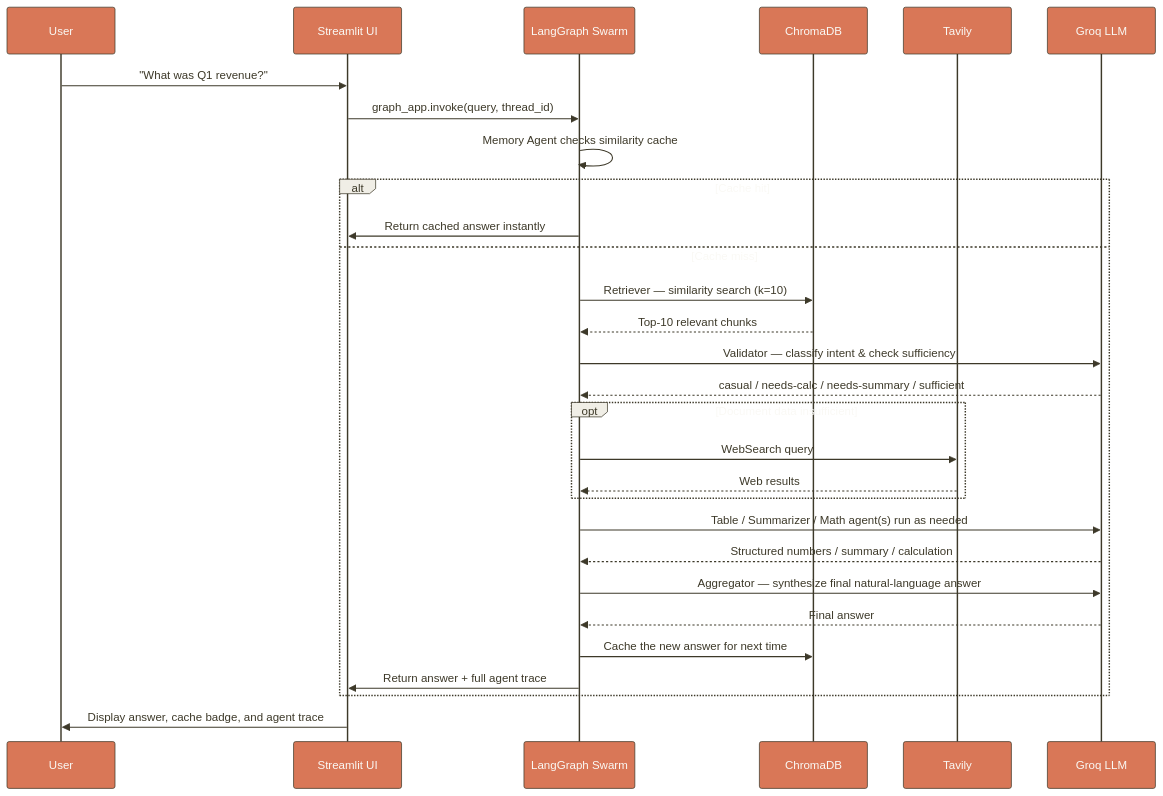
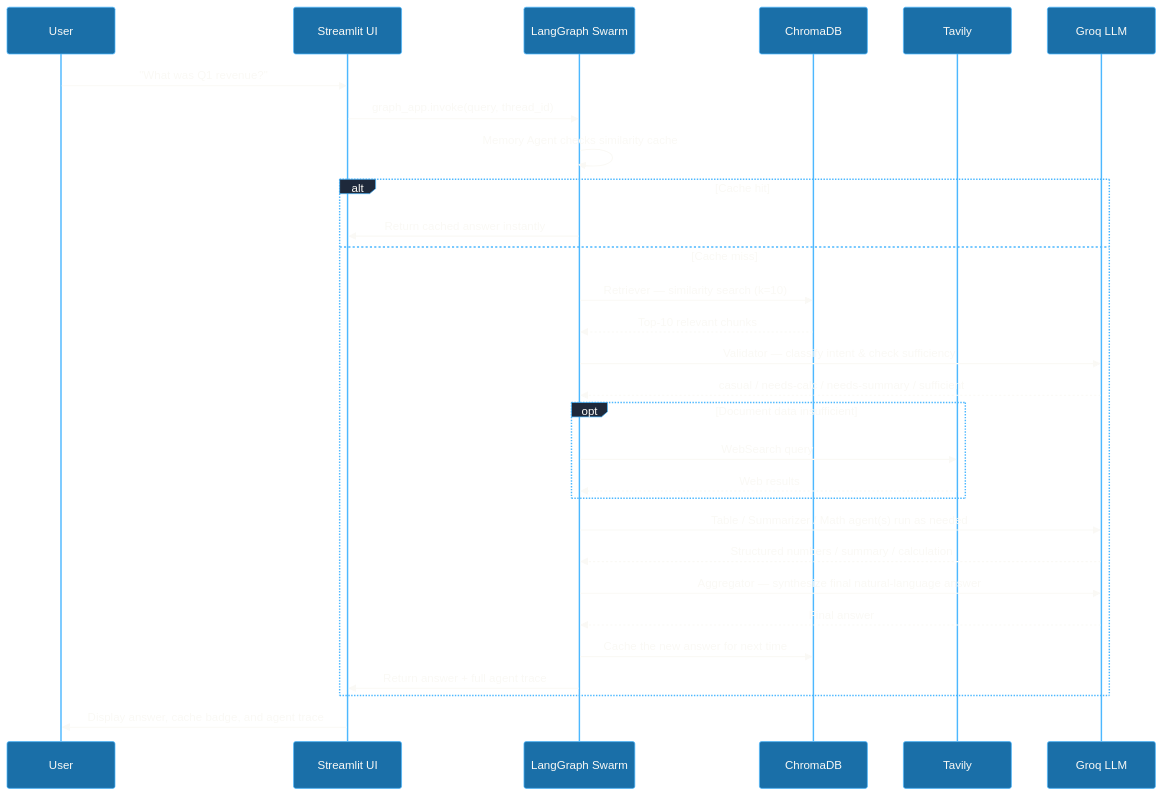
The fourth of 5 diagrams in README.md (Invicta0305/Financial--QA), drawn with Mermaid before and after one commit. The commit also changed other lines of this file, not shown here.

````diff
--- a/README.md
+++ b/README.md
@@ -221,50 +203,50 @@
 ```mermaid
 %%{init: {'theme':'base', 'themeVariables': {
-  'primaryColor': '#F0EEE6',
-  'primaryTextColor': '#3D3929',
-  'primaryBorderColor': '#D97757',
-  'lineColor': '#D97757',
-  'actorBkg': '#D97757',
+  'primaryColor': '#0F172A',
+  'primaryTextColor': '#FAF9F5',
+  'primaryBorderColor': '#4DB8FF',
+  'lineColor': '#4DB8FF',
+  'actorBkg': '#1A6FA8',
   'actorTextColor': '#FAF9F5',
-  'actorBorder': '#3D3929',
-  'signalColor': '#3D3929',
-  'signalTextColor': '#3D3929',
-  'labelBoxBkgColor': '#F0EEE6',
-  'labelTextColor': '#3D3929',
-  'noteBkgColor': '#FAF9F5',
-  'noteTextColor': '#3D3929',
-  'noteBorderColor': '#D97757'
+  'actorBorder': '#4DB8FF',
+  'signalColor': '#FAF9F5',
+  'signalTextColor': '#FAF9F5',
+  'labelBoxBkgColor': '#1E293B',
+  'labelTextColor': '#FAF9F5',
+  'noteBkgColor': '#0F172A',
+  'noteTextColor': '#FAF9F5',
+  'noteBorderColor': '#4DB8FF'
 }}}%%
 sequenceDiagram
     participant U as User
     participant S as Streamlit UI
     participant G as LangGraph Swarm
     participant C as ChromaDB
     participant T as Tavily
     participant L as Groq LLM
 
     U->>S: "What was Q1 revenue?"
     S->>G: graph_app.invoke(query, thread_id)
     G->>G: Memory Agent checks similarity cache
 
     alt Cache hit
         G->>S: Return cached answer instantly
     else Cache miss
         G->>C: Retriever — similarity search (k=10)
         C-->>G: Top-10 relevant chunks
         G->>L: Validator — classify intent & check sufficiency
         L-->>G: casual / needs-calc / needs-summary / sufficient
         opt Document data insufficient
             G->>T: WebSearch query
             T-->>G: Web results
         end
         G->>L: Table / Summarizer / Math agent(s) run as needed
         L-->>G: Structured numbers / summary / calculation
         G->>L: Aggregator — synthesize final natural-language answer
         L-->>G: Final answer
         G->>C: Cache the new answer for next time
         G->>S: Return answer + full agent trace
     end
 
     S->>U: Display answer, cache badge, and agent trace
 ```
````
